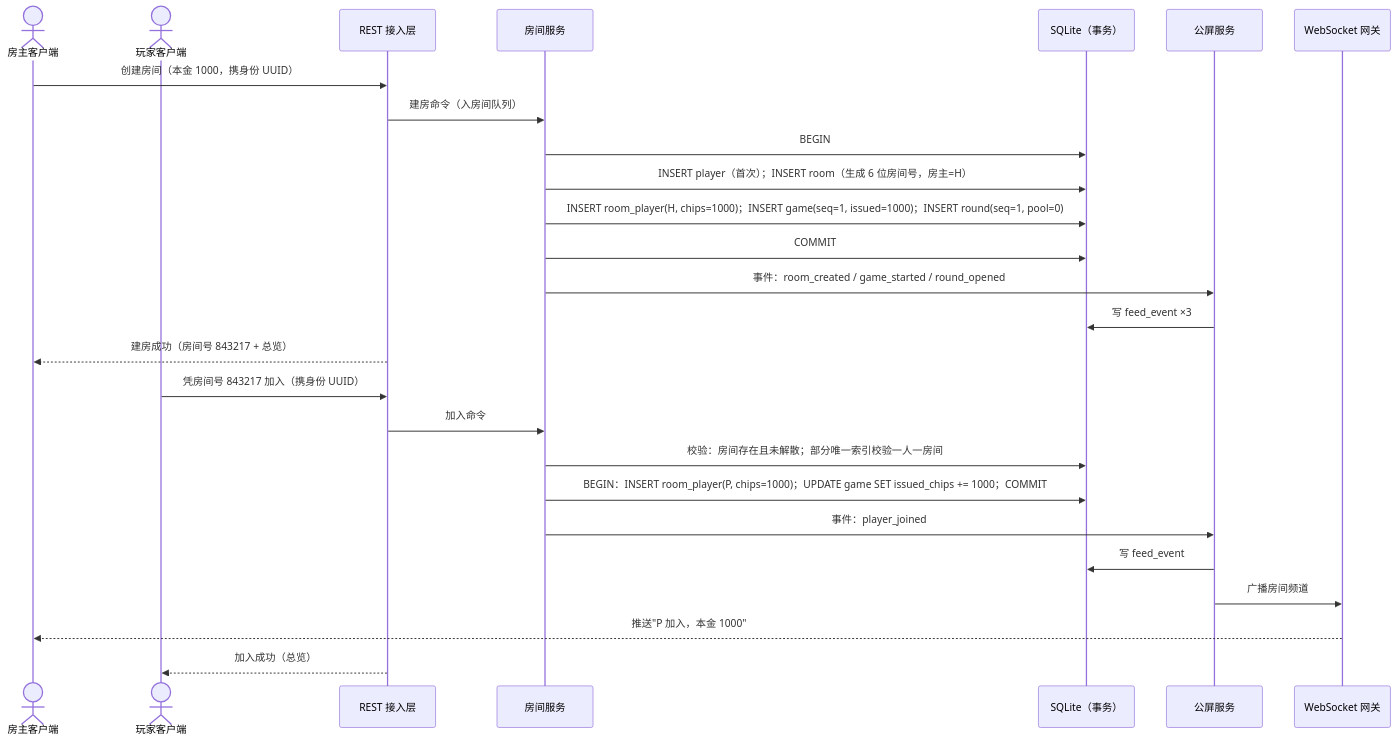
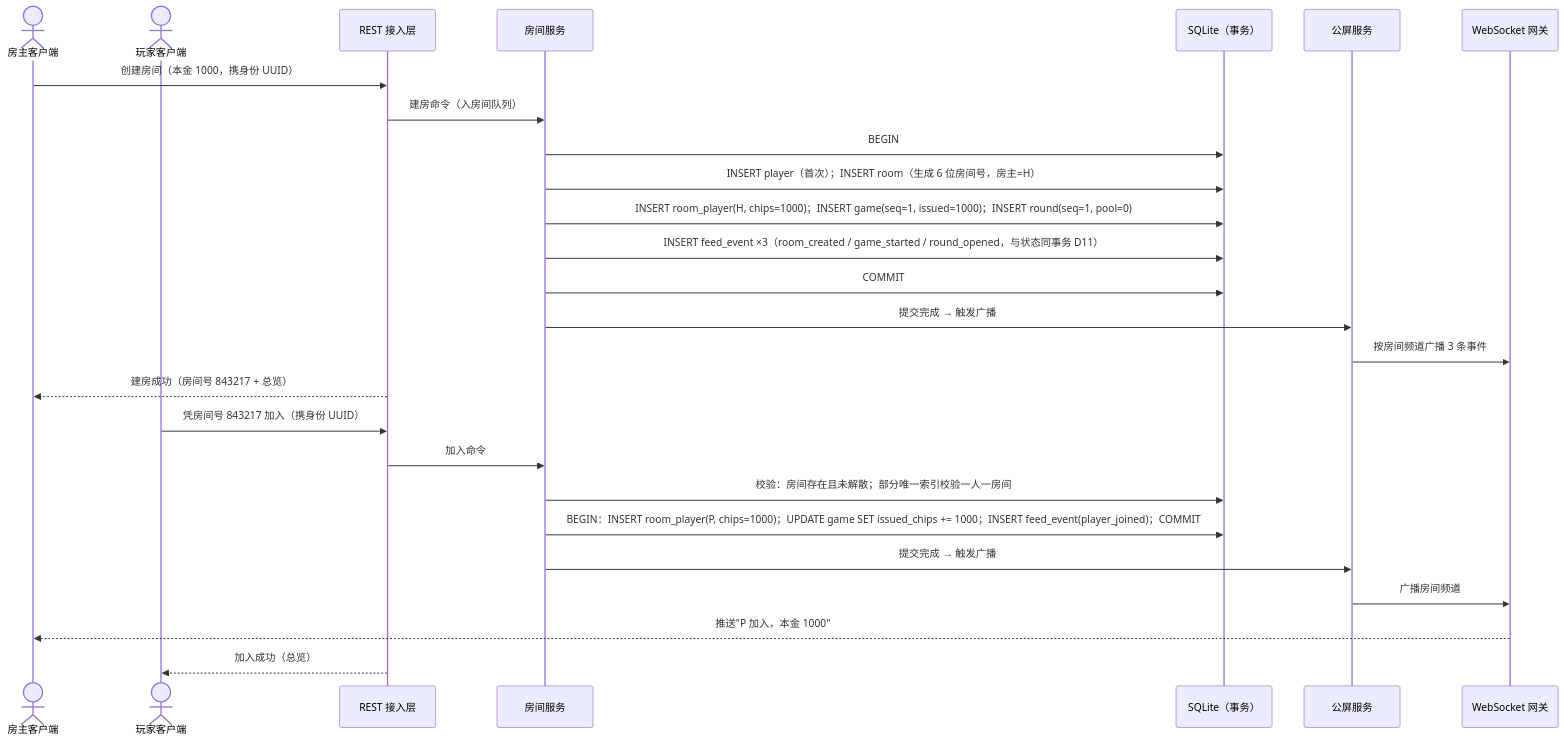
Before and after one commit to theozhang32/chips-counter: the fifth of 11 diagrams in doc/design.md, drawn with Mermaid. The commit also changed other lines of this file and 70 other files, not shown here.

````diff
--- a/doc/design.md
+++ b/doc/design.md
@@ -414,30 +459,30 @@
 ```mermaid
 sequenceDiagram
     actor H as 房主客户端
     actor P as 玩家客户端
     participant API as REST 接入层
     participant RS as 房间服务
     participant DB as SQLite（事务）
     participant FS as 公屏服务
     participant WS as WebSocket 网关
 
     H->>API: 创建房间（本金 1000，携身份 UUID）
     API->>RS: 建房命令（入房间队列）
     RS->>DB: BEGIN
     RS->>DB: INSERT player（首次）；INSERT room（生成 6 位房间号，房主=H）
     RS->>DB: INSERT room_player(H, chips=1000)；INSERT game(seq=1, issued=1000)；INSERT round(seq=1, pool=0)
+    RS->>DB: INSERT feed_event ×3（room_created / game_started / round_opened，与状态同事务 D11）
     RS->>DB: COMMIT
-    RS->>FS: 事件：room_created / game_started / round_opened
-    FS->>DB: 写 feed_event ×3
+    RS->>FS: 提交完成 → 触发广播
+    FS->>WS: 按房间频道广播 3 条事件
     API-->>H: 建房成功（房间号 843217 + 总览）
 
     P->>API: 凭房间号 843217 加入（携身份 UUID）
     API->>RS: 加入命令
     RS->>DB: 校验：房间存在且未解散；部分唯一索引校验一人一房间
-    RS->>DB: BEGIN：INSERT room_player(P, chips=1000)；UPDATE game SET issued_chips += 1000；COMMIT
-    RS->>FS: 事件：player_joined
-    FS->>DB: 写 feed_event
+    RS->>DB: BEGIN：INSERT room_player(P, chips=1000)；UPDATE game SET issued_chips += 1000；INSERT feed_event(player_joined)；COMMIT
+    RS->>FS: 提交完成 → 触发广播
     FS->>WS: 广播房间频道
     WS-->>H: 推送"P 加入，本金 1000"
     API-->>P: 加入成功（总览）
 ```
````
